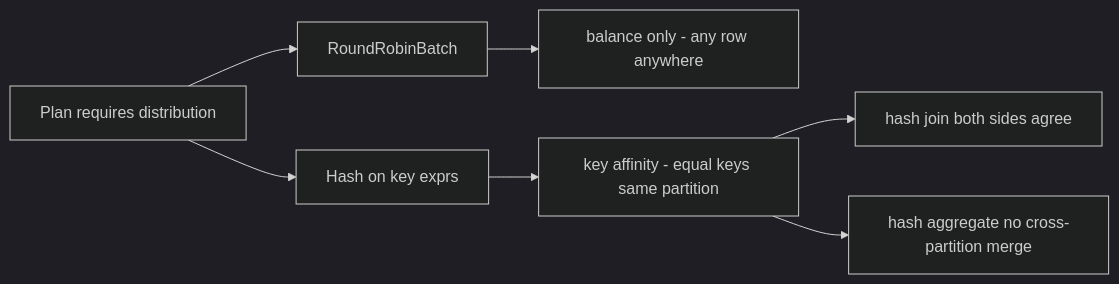
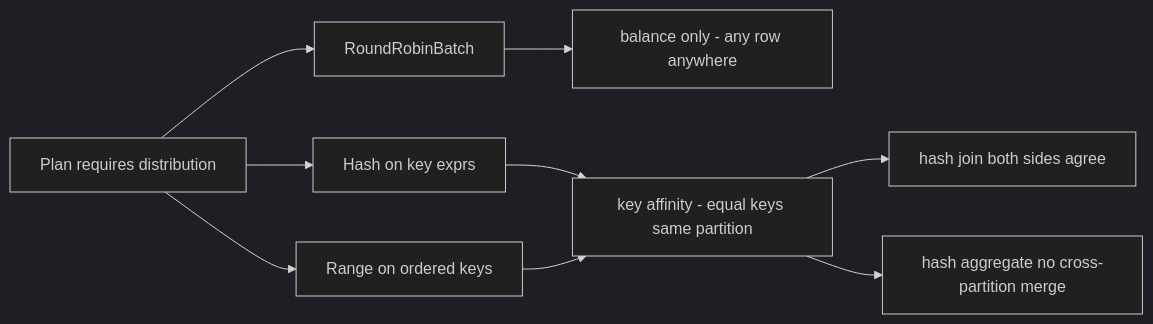
The first of 2 diagrams in topics/37-distributed-query/reading-datafusion-repartition.md (AviAvni/database-learning-path), drawn with Mermaid (dark theme) before and after one commit. The commit also changed other lines of this file and 6 other files, not shown here.

````diff
--- a/topics/37-distributed-query/reading-datafusion-repartition.md
+++ b/topics/37-distributed-query/reading-datafusion-repartition.md
@@ -56,9 +68,11 @@
 ```mermaid
 graph LR
     A["Plan requires distribution"] --> B["RoundRobinBatch"]
     A --> C["Hash on key exprs"]
     B --> D["balance only - any row anywhere"]
     C --> E["key affinity - equal keys same partition"]
     E --> F["hash join both sides agree"]
     E --> G["hash aggregate no cross-partition merge"]
+    A --> R["Range on ordered keys"]
+    R --> E
 ```
````
